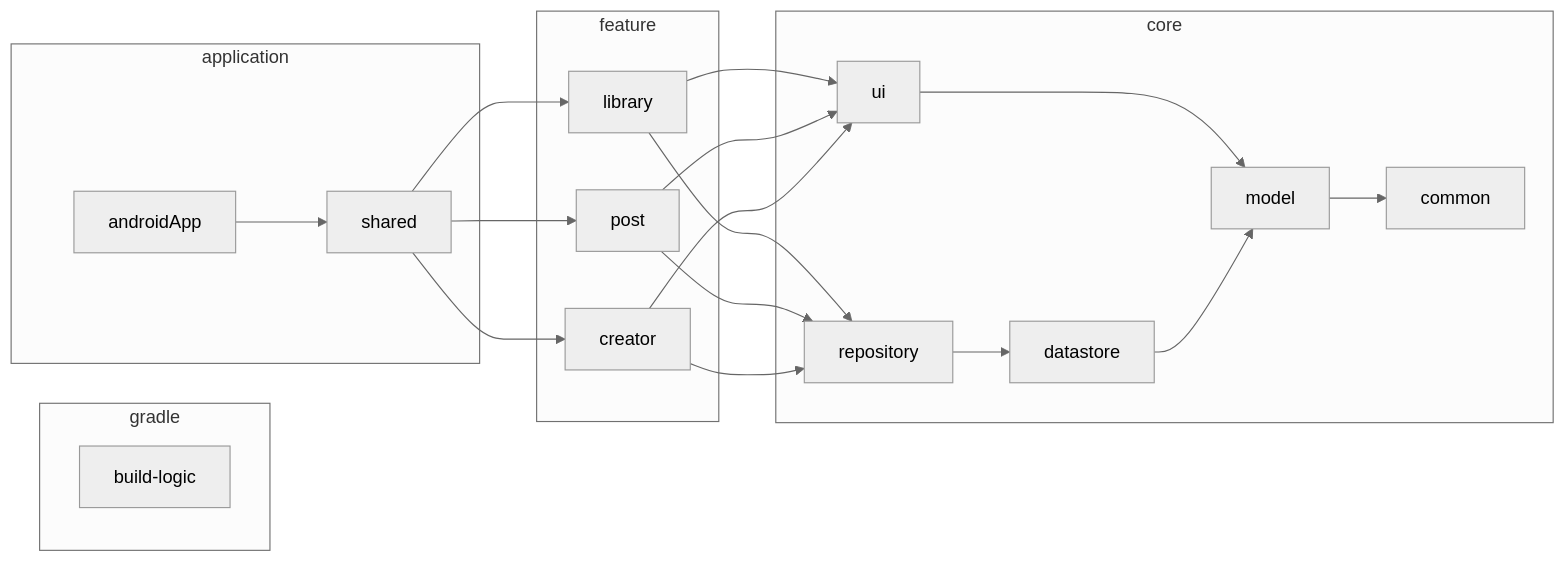
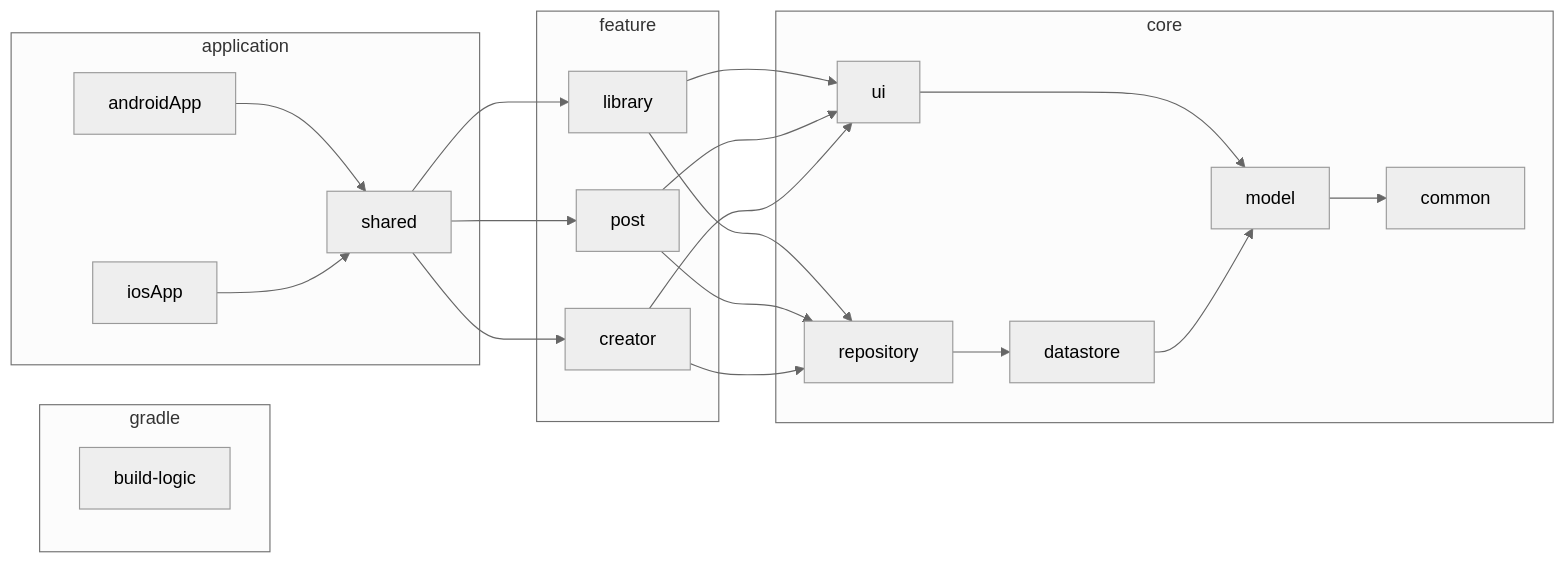
One commit to matsumo0922/PixiView-KMP changed the diagram in README-JA.md. Above: the diagram before and after it, drawn with Mermaid. The commit also changed 1 other file, not shown here.

Commit message:
Add iOS app to README diagrams

````diff
--- a/README-JA.md
+++ b/README-JA.md
@@ -83,42 +83,44 @@
 ```mermaid
 %%{
 init: {
 'theme': 'neutral'
 }
 }%%
 
 graph LR
   subgraph gradle
     build-logic
   end
   subgraph application
     androidApp
+    iosApp
     shared
   end
   subgraph core
     common
     datastore
     model
     repository
     ui
   end
   subgraph feature
     library
     creator
     post
   end
   androidApp --> shared
+  iosApp --> shared
   shared --> library
   shared --> creator
   shared --> post
   library --> ui
   library --> repository
   post --> ui
   post --> repository
   creator --> ui
   creator --> repository
   ui --> model
   repository --> datastore
   datastore --> model
   model --> common
 ```
````
